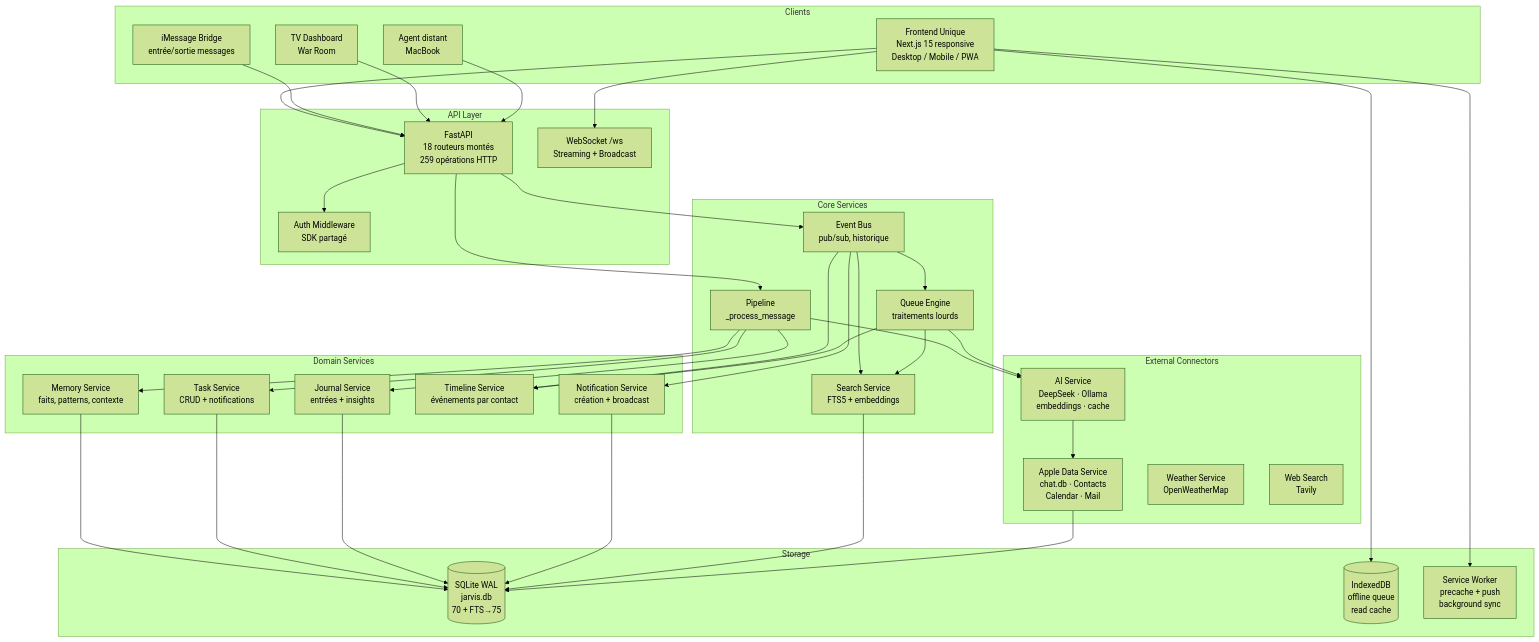
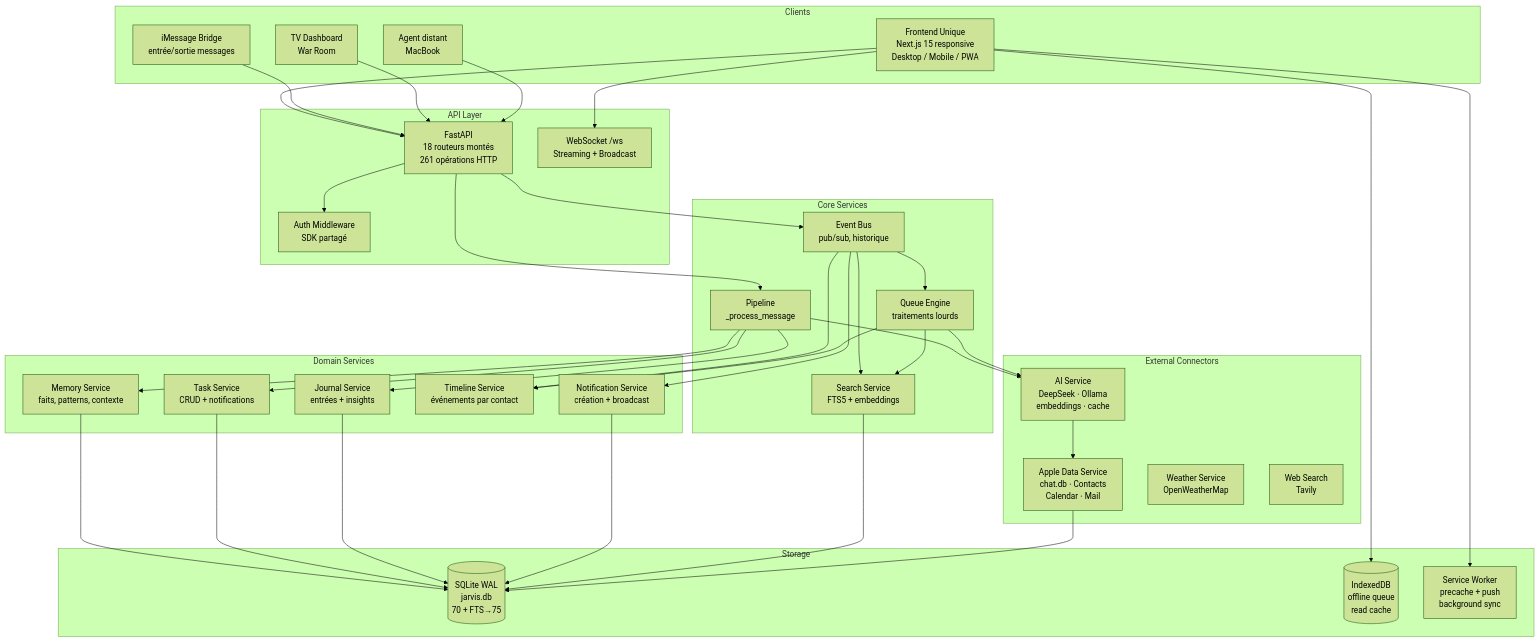
The first of 3 diagrams in Architecture/08_ARCHITECTURE_CIBLE.md (AVTAVANTTOUT2/JarvisAPI), drawn with Mermaid (forest theme) before and after one commit. The commit also changed 15 other files, not shown here.

````diff
--- a/Architecture/08_ARCHITECTURE_CIBLE.md
+++ b/Architecture/08_ARCHITECTURE_CIBLE.md
@@ -12,79 +12,79 @@
 ```mermaid
 graph TB
     subgraph "Clients"
         FRONT["Frontend Unique<br/>Next.js 15 responsive<br/>Desktop / Mobile / PWA"]
         IMESSAGE_BRIDGE["iMessage Bridge<br/>entrée/sortie messages"]
         TV["TV Dashboard<br/>War Room"]
         AGENT["Agent distant<br/>MacBook"]
     end
 
     subgraph "API Layer"
-        API["FastAPI<br/>18 routeurs montés<br/>259 opérations HTTP"]
+        API["FastAPI<br/>18 routeurs montés<br/>261 opérations HTTP"]
         WS["WebSocket /ws<br/>Streaming + Broadcast"]
         AUTH["Auth Middleware<br/>SDK partagé"]
     end
 
     subgraph "Core Services"
         ORCH["Pipeline<br/>_process_message"]
         EVENT_BUS["Event Bus<br/>pub/sub, historique"]
         QUEUE["Queue Engine<br/>traitements lourds"]
         SEARCH["Search Service<br/>FTS5 + embeddings"]
     end
 
     subgraph "Domain Services"
         MEMORY["Memory Service<br/>faits, patterns, contexte"]
         TASK["Task Service<br/>CRUD + notifications"]
         JOURNAL["Journal Service<br/>entrées + insights"]
         TIMELINE["Timeline Service<br/>événements par contact"]
         NOTIF["Notification Service<br/>création + broadcast"]
     end
 
     subgraph "External Connectors"
         APPLE["Apple Data Service<br/>chat.db ⋅ Contacts<br/>Calendar ⋅ Mail"]
         LLM["AI Service<br/>DeepSeek ⋅ Ollama<br/>embeddings ⋅ cache"]
         WEATHER["Weather Service<br/>OpenWeatherMap"]
         WEB_SEARCH["Web Search<br/>Tavily"]
     end
 
     subgraph "Storage"
         SQLITE[(SQLite WAL<br/>jarvis.db<br/>70 + FTS→75)]
         IDB[(IndexedDB<br/>offline queue<br/>read cache)]
         SW["Service Worker<br/>precache + push<br/>background sync"]
     end
 
     FRONT --> API
     FRONT --> WS
     IMESSAGE_BRIDGE --> API
     TV --> API
     AGENT --> API
 
     API --> AUTH
     API --> ORCH
     API --> EVENT_BUS
 
     ORCH --> MEMORY
     ORCH --> TASK
     ORCH --> JOURNAL
     ORCH --> LLM
 
     EVENT_BUS --> NOTIF
     EVENT_BUS --> QUEUE
     EVENT_BUS --> TIMELINE
     EVENT_BUS --> SEARCH
 
     QUEUE --> LLM
     QUEUE --> SEARCH
     QUEUE --> TIMELINE
 
     MEMORY --> SQLITE
     TASK --> SQLITE
     JOURNAL --> SQLITE
     NOTIF --> SQLITE
     SEARCH --> SQLITE
 
     APPLE --> SQLITE
     LLM --> APPLE
 
     FRONT --> IDB
     FRONT --> SW
 ```
````
